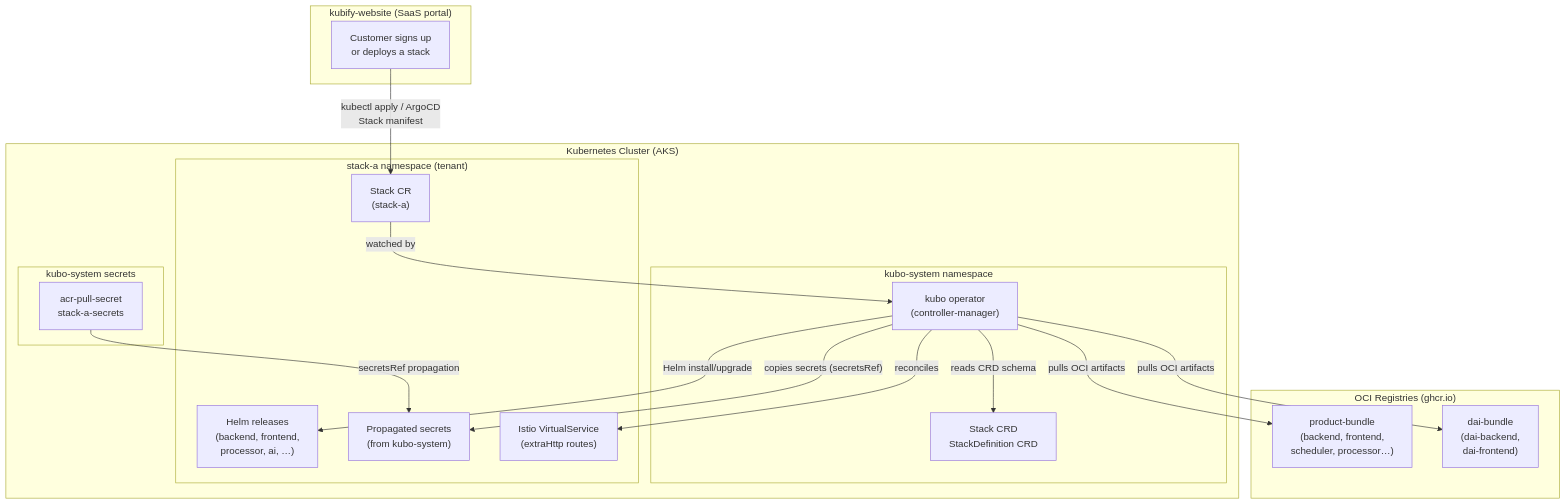
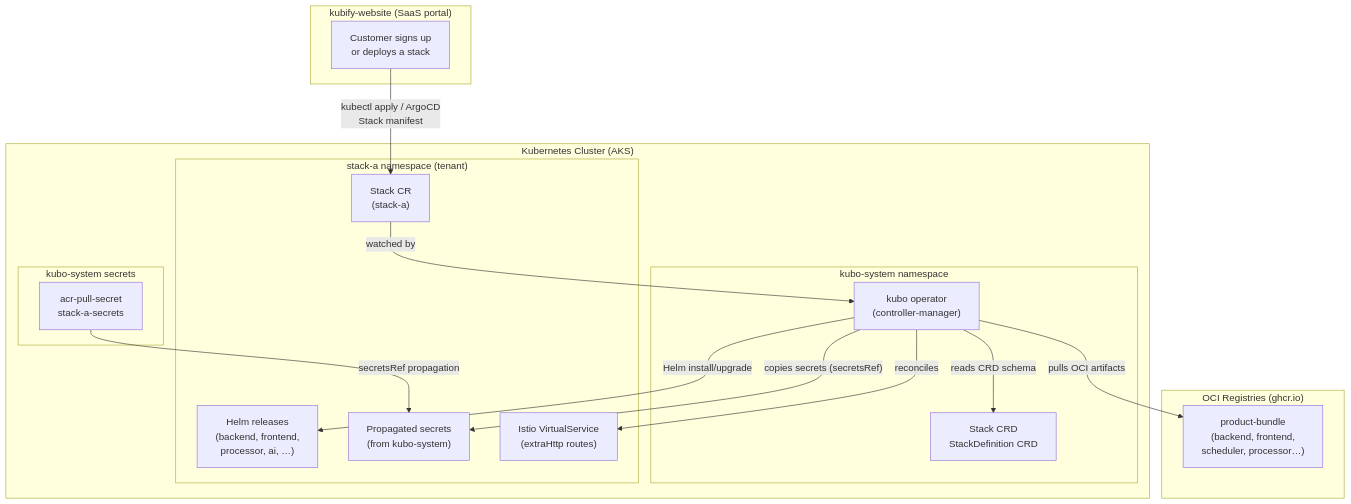
Before and after one commit to einyx/kubify: the diagram in docs/architecture.md, drawn with Mermaid. The commit also changed 1 other file, not shown here.

Commit message:
feat(website): render architecture as Mermaid; drop dai bundle reference

````diff
--- a/docs/architecture.md
+++ b/docs/architecture.md
@@ -3,39 +3,37 @@
 ```mermaid
 flowchart TD
     subgraph Website["kubify-website (SaaS portal)"]
         WEB["Customer signs up\nor deploys a stack"]
     end
 
     subgraph K8s["Kubernetes Cluster (AKS)"]
         subgraph KuboNS["kubo-system namespace"]
             OP["kubo operator\n(controller-manager)"]
             CRDS["Stack CRD\nStackDefinition CRD"]
         end
 
         subgraph TenantNS["stack-a namespace (tenant)"]
             STACK["Stack CR\n(stack-a)"]
             HELM["Helm releases\n(backend, frontend,\nprocessor, ai, …)"]
             SECRETS["Propagated secrets\n(from kubo-system)"]
             VS["Istio VirtualService\n(extraHttp routes)"]
         end
 
         subgraph KuboSys["kubo-system secrets"]
             PULL["acr-pull-secret\nstack-a-secrets"]
         end
     end
 
     subgraph OCI["OCI Registries (ghcr.io)"]
         FBUNDLE["product-bundle\n(backend, frontend,\nscheduler, processor…)"]
-        DAIBUNDLE["dai-bundle\n(dai-backend,\ndai-frontend)"]
     end
 
     WEB -->|"kubectl apply / ArgoCD\nStack manifest"| STACK
     STACK -->|"watched by"| OP
     OP -->|"reads CRD schema"| CRDS
     OP -->|"pulls OCI artifacts"| FBUNDLE
-    OP -->|"pulls OCI artifacts"| DAIBUNDLE
     OP -->|"Helm install/upgrade"| HELM
     OP -->|"copies secrets (secretsRef)"| SECRETS
     OP -->|"reconciles"| VS
     PULL -->|"secretsRef propagation"| SECRETS
 ```
````
